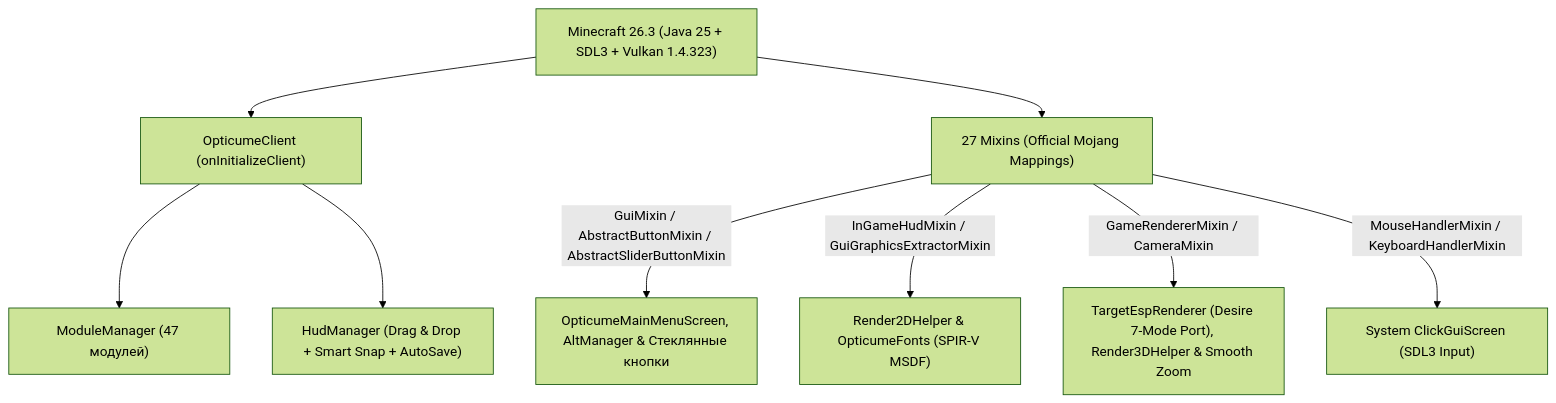
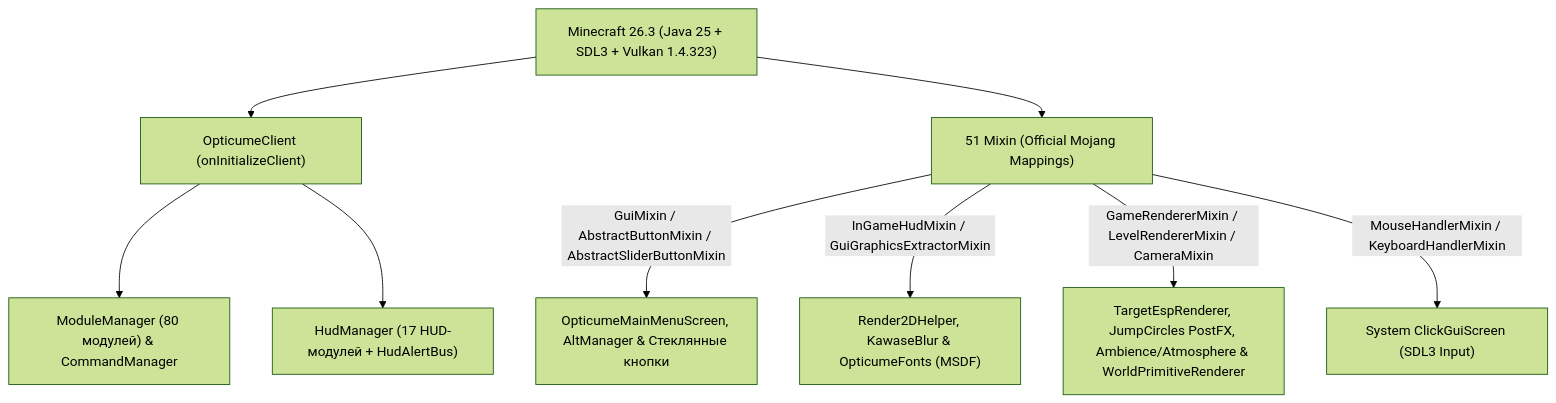
The diagram in README.md (kdkdamls4-boop/OpticumeClient), drawn with Mermaid (forest theme) before and after one commit. The commit also changed other lines of this file and 979 other files, not shown here.

First line of the commit message:
feat(m10): AutoBuy, Multi-Session Bots, Commands, Desire Visuals, Modular HUD & 1.2.0 Release

````diff
--- a/README.md
+++ b/README.md
@@ -76,11 +83,11 @@
 ```mermaid
 flowchart TD
     A["Minecraft 26.3 (Java 25 + SDL3 + Vulkan 1.4.323)"] --> B["OpticumeClient (onInitializeClient)"]
-    B --> C["ModuleManager (47 модулей)"]
-    B --> D["HudManager (Drag & Drop + Smart Snap + AutoSave)"]
-    A --> E["27 Mixins (Official Mojang Mappings)"]
+    B --> C["ModuleManager (80 модулей) & CommandManager"]
+    B --> D["HudManager (17 HUD-модулей + HudAlertBus)"]
+    A --> E["51 Mixin (Official Mojang Mappings)"]
     E -->|"GuiMixin / AbstractButtonMixin / AbstractSliderButtonMixin"| M["OpticumeMainMenuScreen, AltManager & Стеклянные кнопки"]
-    E -->|"InGameHudMixin / GuiGraphicsExtractorMixin"| F["Render2DHelper & OpticumeFonts (SPIR-V MSDF)"]
-    E -->|"GameRendererMixin / CameraMixin"| G["TargetEspRenderer (Desire 7-Mode Port), Render3DHelper & Smooth Zoom"]
+    E -->|"InGameHudMixin / GuiGraphicsExtractorMixin"| F["Render2DHelper, KawaseBlur & OpticumeFonts (MSDF)"]
+    E -->|"GameRendererMixin / LevelRendererMixin / CameraMixin"| G["TargetEspRenderer, JumpCircles PostFX, Ambience/Atmosphere & WorldPrimitiveRenderer"]
     E -->|"MouseHandlerMixin / KeyboardHandlerMixin"| H["System ClickGuiScreen (SDL3 Input)"]
 ```
````
